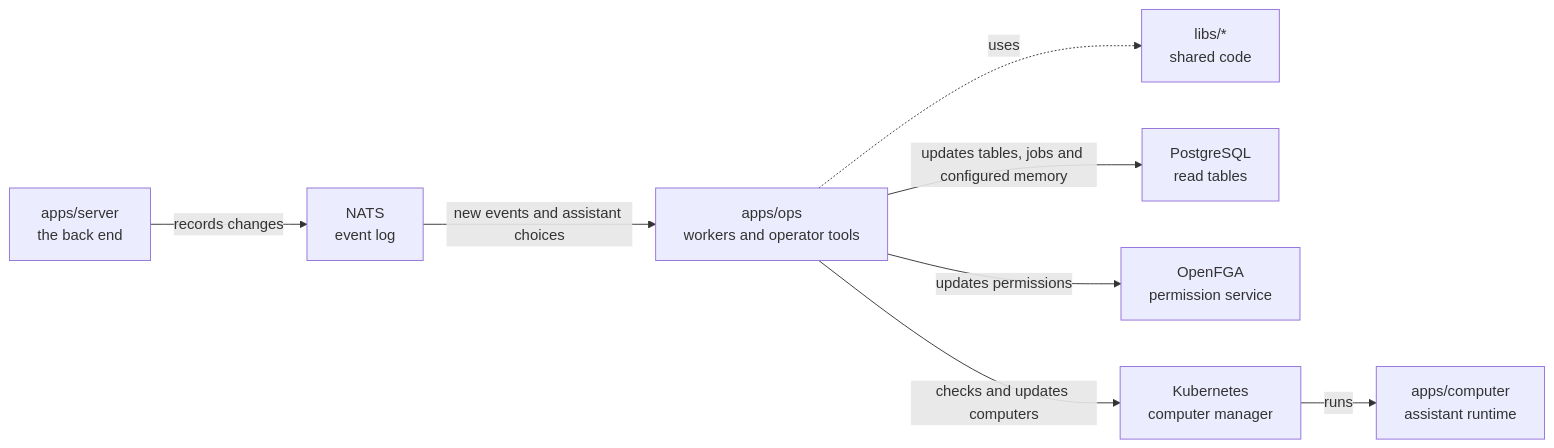
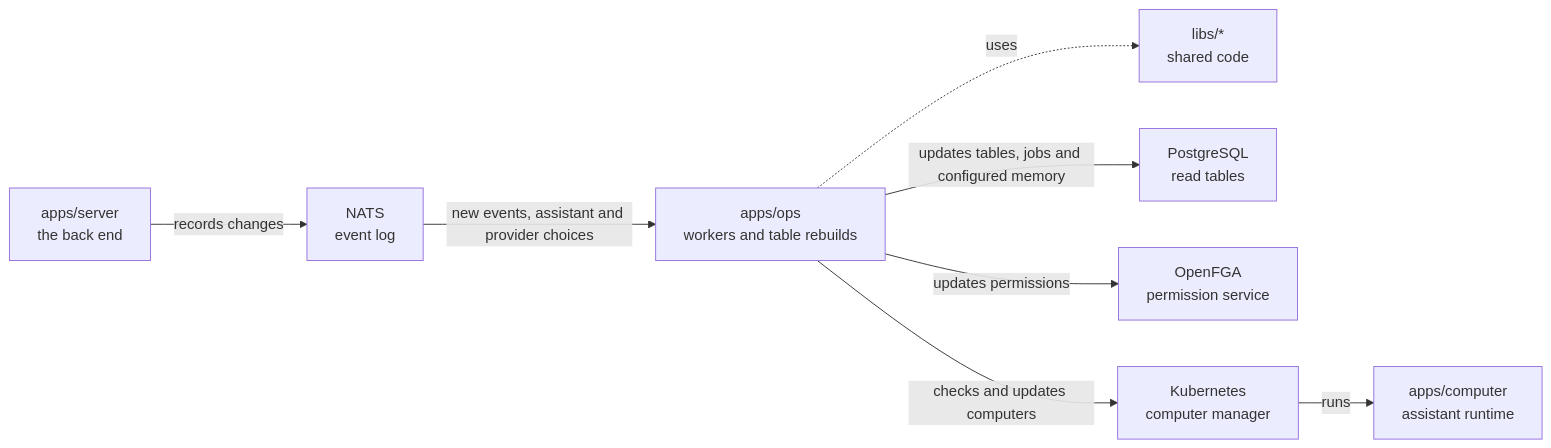
The diagram in apps/ops/README.md (elewa-git/opencrane-new), drawn with Mermaid before and after one commit. The commit also changed other lines of this file and 24 other files, not shown here.

Commit message:
🔗 Record provider choices and pauses with safe recovery

````diff
--- a/apps/ops/README.md
+++ b/apps/ops/README.md
@@ -11,10 +11,10 @@
 ```mermaid
 flowchart LR
   server["apps/server<br/>the back end"] -->|records changes| nats["NATS<br/>event log"]
-  nats -->|new events and assistant choices| ops["apps/ops<br/>workers and operator tools"]
+  nats -->|new events, assistant and provider choices| ops["apps/ops<br/>workers and table rebuilds"]
   ops -.->|uses| libs["libs/*<br/>shared code"]
   ops -->|updates tables, jobs and configured memory| postgres["PostgreSQL<br/>read tables"]
   ops -->|updates permissions| fga["OpenFGA<br/>permission service"]
   ops -->|checks and updates computers| kube["Kubernetes<br/>computer manager"]
   kube -->|runs| computer["apps/computer<br/>assistant runtime"]
 ```
````
